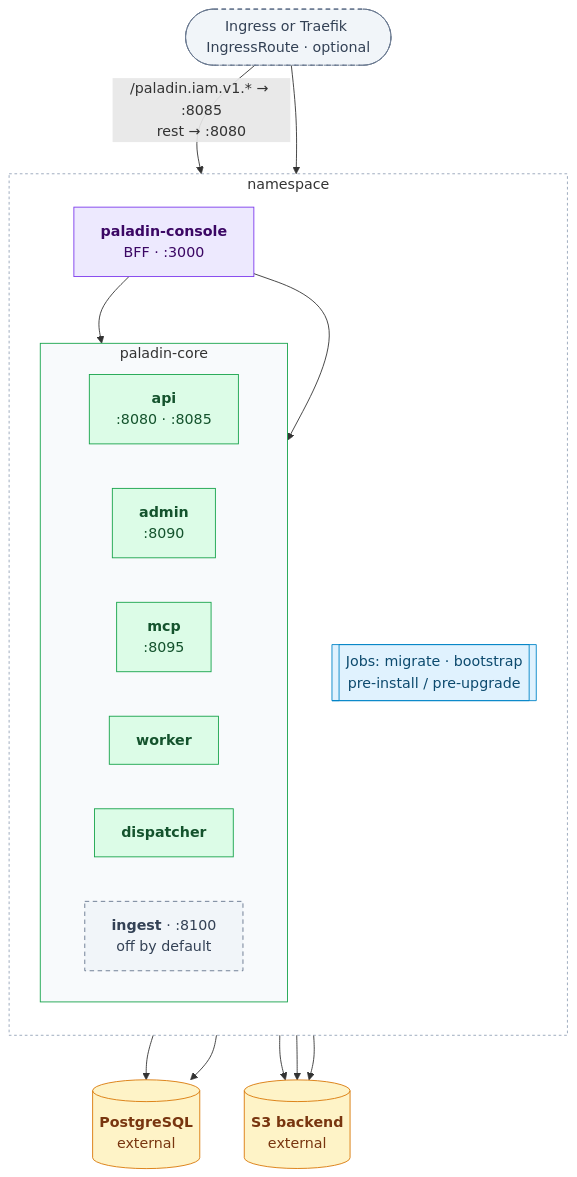
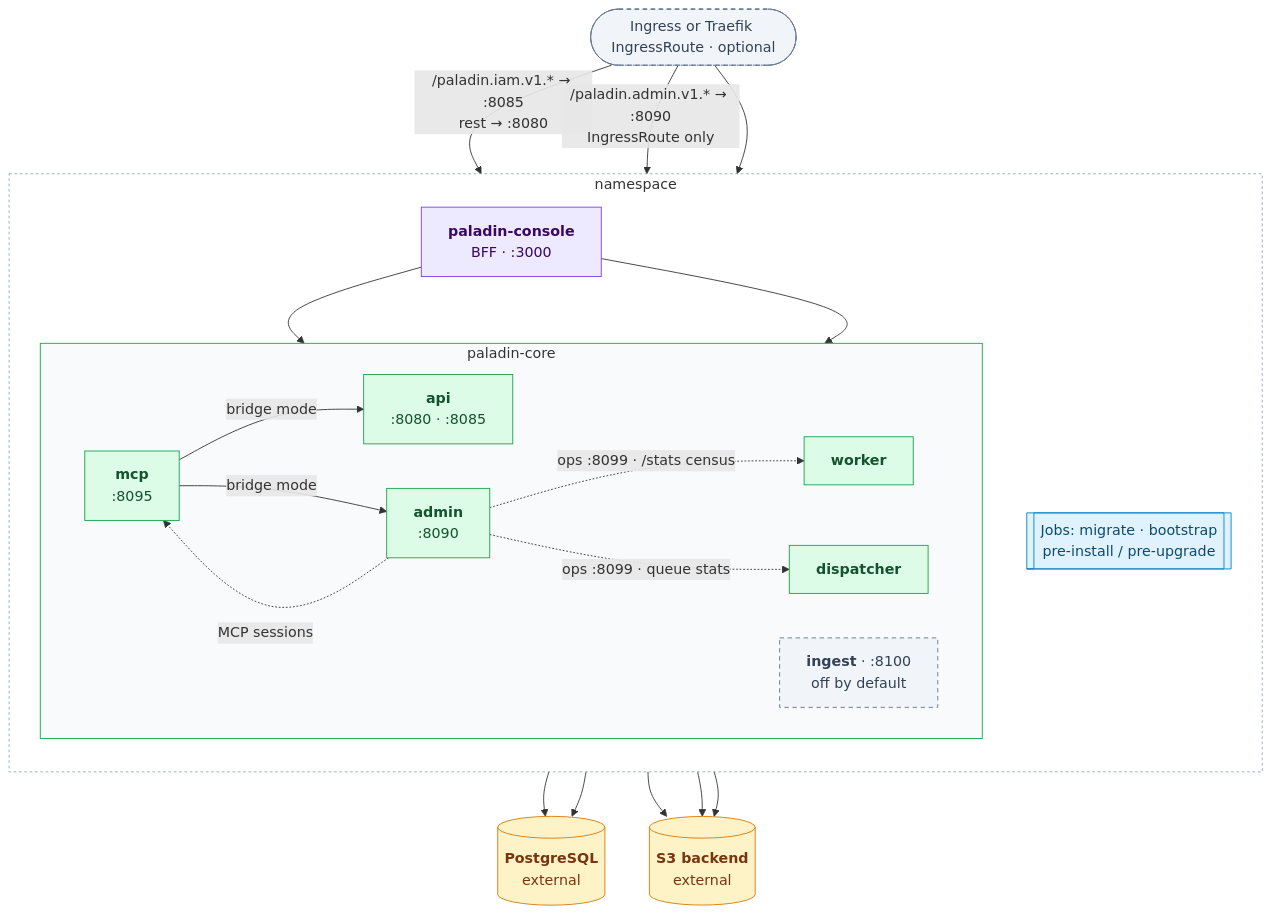
Diagram 13 of 13 in backend/docs/diagrams.md (oleg-tkachuk/paladin), drawn with Mermaid before and after one commit. The commit also changed other lines of this file and 3 other files, not shown here.

First line of the commit message:
docs(architecture): bring the overview and diagrams in line with the code

````diff
--- a/backend/docs/diagrams.md
+++ b/backend/docs/diagrams.md
@@ -430,47 +439,52 @@
 ```mermaid
 flowchart TB
     ingress(["Ingress or Traefik IngressRoute · optional"])
 
     subgraph ns ["namespace"]
         direction TB
         console["<b>paladin-console</b><br/>BFF · :3000"]
         subgraph core ["paladin-core"]
             direction LR
             api["<b>api</b><br/>:8080 · :8085"]
             admin["<b>admin</b><br/>:8090"]
             mcp["<b>mcp</b><br/>:8095"]
             worker["<b>worker</b>"]
             dispatcher["<b>dispatcher</b>"]
             ingest["<b>ingest</b> · :8100<br/>off by default"]
         end
         jobs[["Jobs: migrate · bootstrap<br/>pre-install / pre-upgrade"]]
     end
 
     pg[("<b>PostgreSQL</b><br/>external")]
     s3[("<b>S3 backend</b><br/>external")]
 
     ingress -- "/paladin.iam.v1.* → :8085<br/>rest → :8080" --> api
+    ingress -- "/paladin.admin.v1.* → :8090<br/>IngressRoute only" --> admin
     ingress --> console
     console --> api
     console --> admin
+    mcp -- "bridge mode" --> api & admin
+    admin -. "ops :8099 · /stats census" .-> worker
+    admin -. "ops :8099 · queue stats" .-> dispatcher
+    admin -. "MCP sessions" .-> mcp
     core --> pg
     jobs --> pg
     api --> s3
     admin --> s3
     worker --> s3
 
     classDef client fill:#E0F2FE,stroke:#0284C7,color:#0C4A6E
     classDef ui fill:#EDE9FE,stroke:#7C3AED,color:#3B0764
     classDef role fill:#DCFCE7,stroke:#16A34A,color:#14532D
     classDef optional fill:#F1F5F9,stroke:#64748B,color:#334155,stroke-dasharray:5 4
     classDef store fill:#FEF3C7,stroke:#D97706,color:#78350F
     classDef external fill:#FCE7F3,stroke:#DB2777,color:#831843
     classDef k8s fill:#E0F2FE,stroke:#0284C7,color:#0C4A6E
     class console ui
     class api,admin,mcp,worker,dispatcher role
     class ingest,ingress optional
     class pg,s3 store
     class jobs k8s
     style ns fill:none,stroke:#94A3B8,stroke-dasharray:3 3
     style core fill:#F8FAFC,stroke:#16A34A
 ```
````
